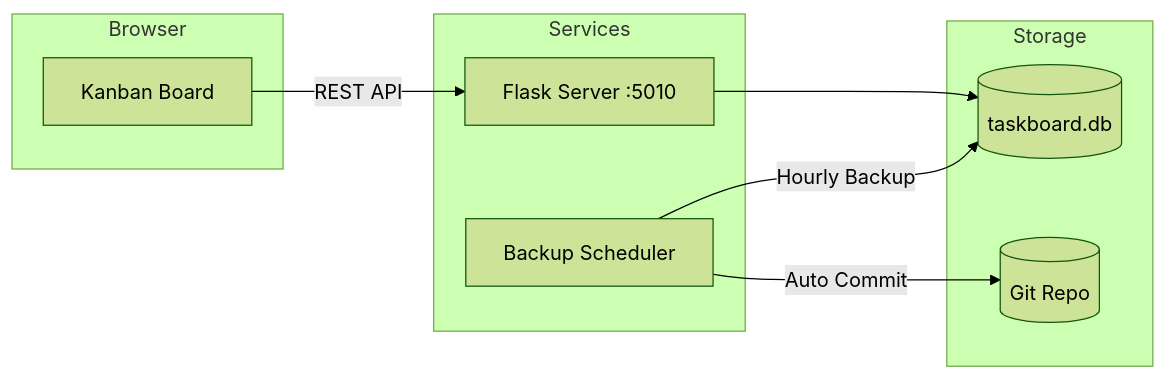
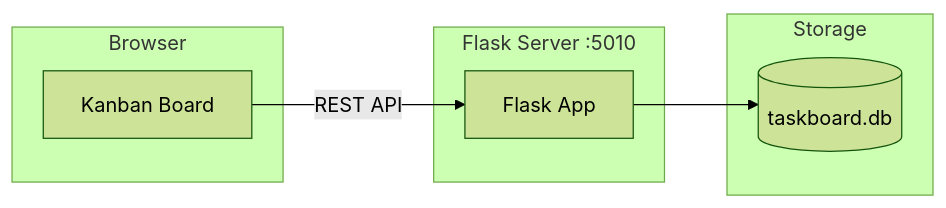
One commit to momonala/task-manager changed the diagram in README.md. Above: the diagram before and after it, drawn with Mermaid (forest theme). The commit also changed other lines of this file and 7 other files, not shown here.

First line of the commit message:
Remove in-app git-backup scheduler for taskboard.db

````diff
--- a/README.md
+++ b/README.md
@@ -19,19 +20,15 @@
 ```mermaid
 flowchart LR
     subgraph Browser
         UI[Kanban Board]
     end
     subgraph Storage
         DB[(taskboard.db)]
-        Git[(Git Repo)]
     end
-    subgraph Services
-        Server[Flask Server :5010]
-        Scheduler[Backup Scheduler]
+    subgraph Server["Flask Server :5010"]
+        App[Flask App]
     end
     
-    UI -->|REST API| Server
-    Server --> DB
-    Scheduler -->|Hourly Backup| DB
-    Scheduler -->|Auto Commit| Git
+    UI -->|REST API| App
+    App --> DB
 ```
````
